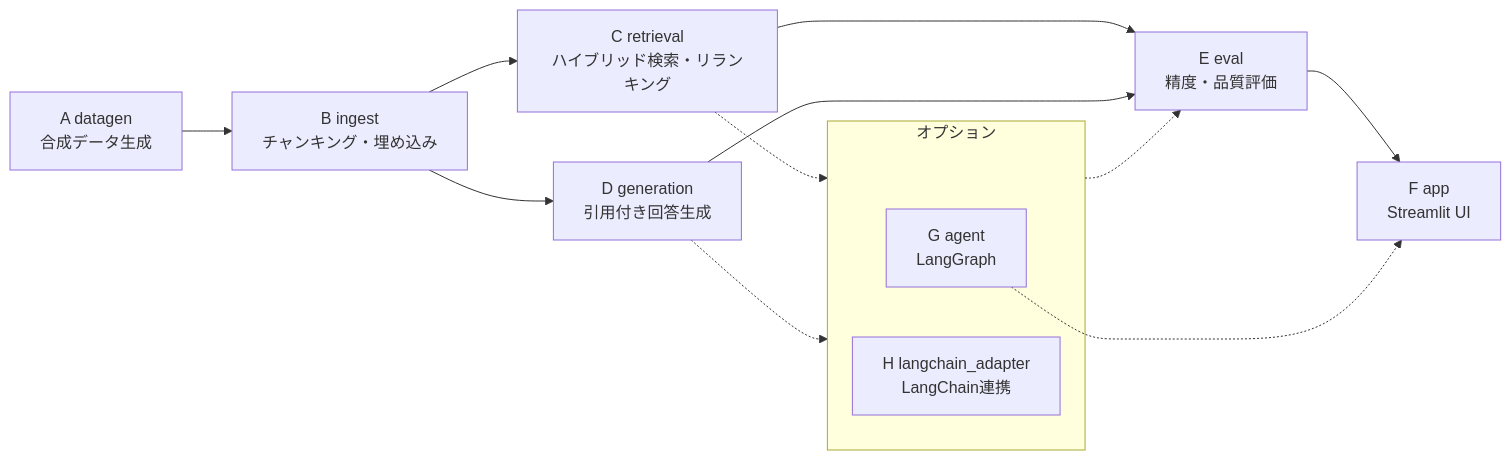
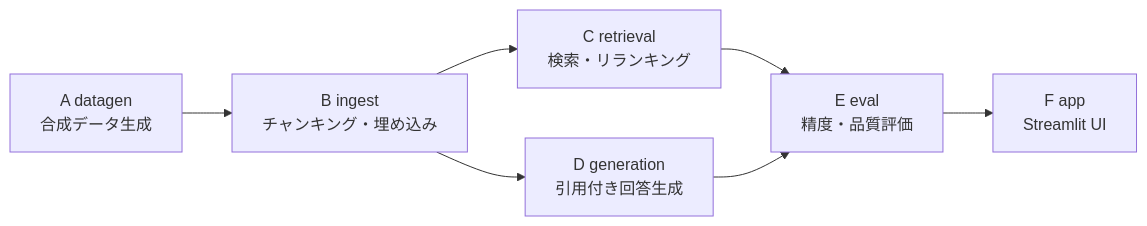
One commit to satoshi-abe-dev/silo-rag changed the first of 3 diagrams in README_ja.md. Above: the diagram before and after it, drawn with Mermaid. The commit also changed other lines of this file and 1 other file, not shown here.

First line of the commit message:
Split the architecture diagram: main flow, then the optional nodes

````diff
--- a/README_ja.md
+++ b/README_ja.md
@@ -159,17 +159,9 @@
 ```mermaid
 graph LR
     A["A datagen<br/>合成データ生成"] --> B["B ingest<br/>チャンキング・埋め込み"]
-    B --> C["C retrieval<br/>ハイブリッド検索・リランキング"]
+    B --> C["C retrieval<br/>検索・リランキング"]
     B --> D["D generation<br/>引用付き回答生成"]
     C --> E["E eval<br/>精度・品質評価"]
     D --> E
     E --> F["F app<br/>Streamlit UI"]
-    subgraph opt["オプション"]
-        G["G agent<br/>LangGraph"]
-        H["H langchain_adapter<br/>LangChain連携"]
-    end
-    C -.-> opt
-    D -.-> opt
-    opt -.-> E
-    G -.-> F
 ```
````
